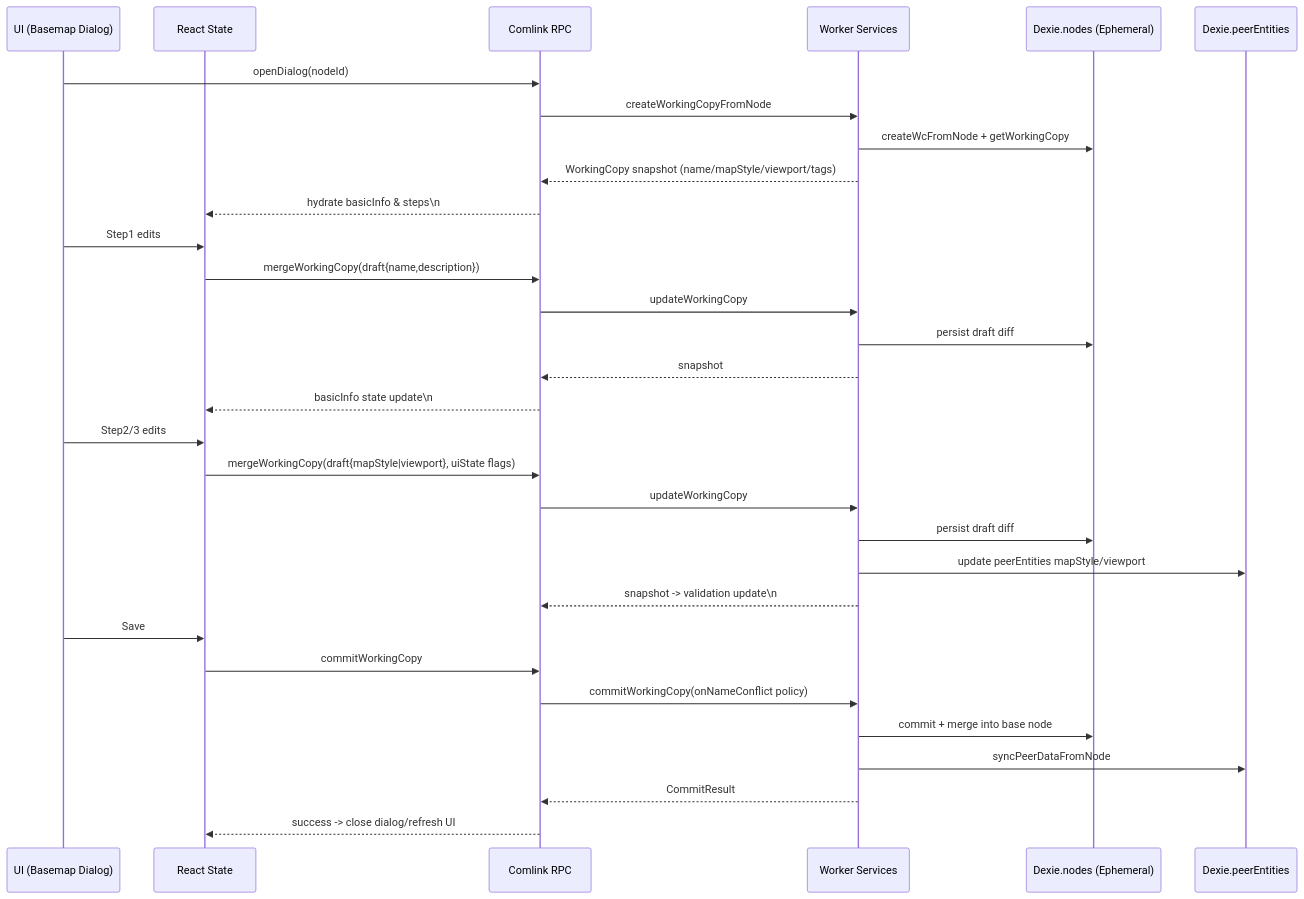
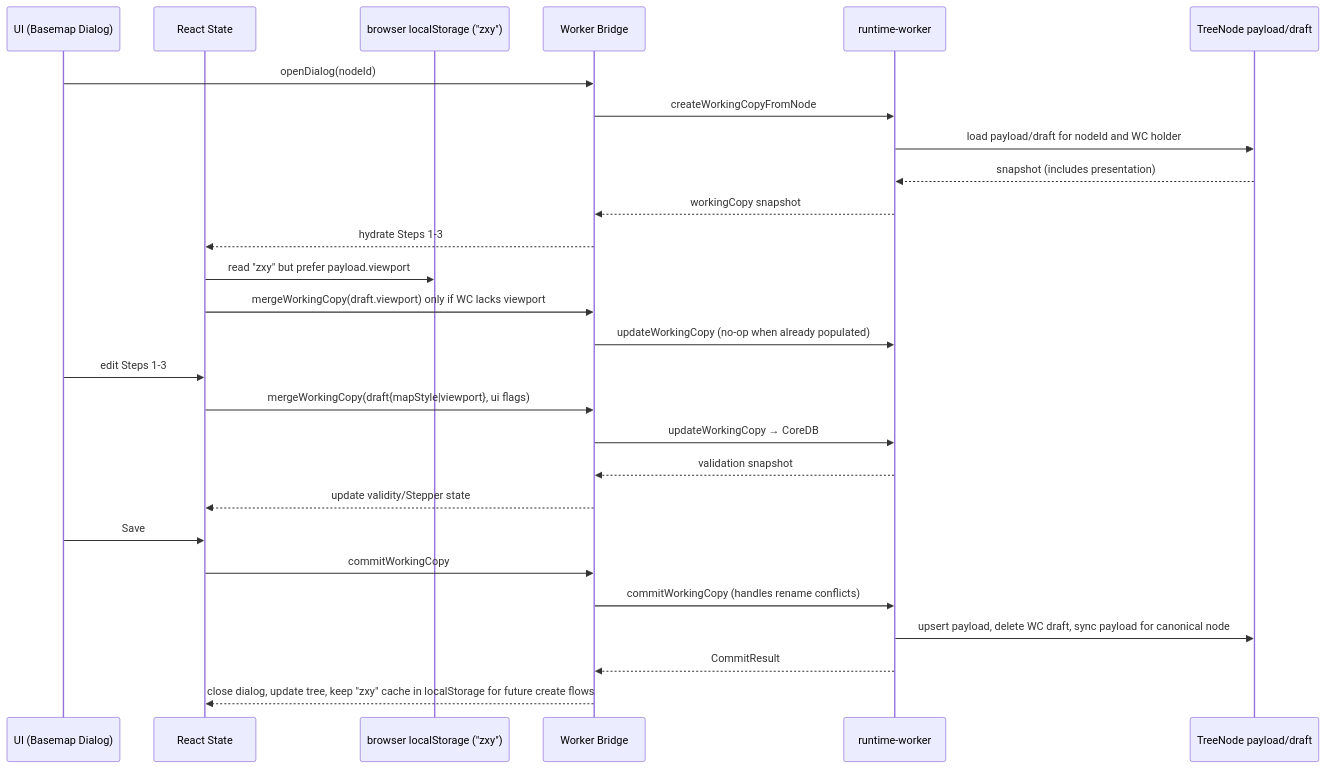
One commit to kubohiroya/hierarchidb changed the second of 2 diagrams in docs/basemap-dialog-flow.md. Above: the diagram before and after it, drawn with Mermaid. The commit also changed other lines of this file and 95 other files, not shown here.

````diff
--- a/docs/basemap-dialog-flow.md
+++ b/docs/basemap-dialog-flow.md
@@ -56,37 +63,33 @@
 ```mermaid
 sequenceDiagram
     participant User as UI (Basemap Dialog)
     participant React as React State
-    participant Comlink as Comlink RPC
-    participant Worker as Worker Services
-    participant Nodes as Dexie.nodes (Ephemeral)
-    participant Peers as Dexie.peerEntities
+    participant Local as browser localStorage ("zxy")
+    participant Comlink as Worker Bridge
+    participant Worker as runtime-worker
+    participant CoreDB as TreeNode payload/draft
 
     User->>Comlink: openDialog(nodeId)
     Comlink->>Worker: createWorkingCopyFromNode
-    Worker->>Nodes: createWcFromNode + getWorkingCopy
-    Worker-->>Comlink: WorkingCopy snapshot (name/mapStyle/viewport/tags)
-    Comlink-->>React: hydrate basicInfo & steps\n
+    Worker->>CoreDB: load payload/draft for nodeId and WC holder
+    CoreDB-->>Worker: snapshot (includes presentation)
+    Worker-->>Comlink: workingCopy snapshot
+    Comlink-->>React: hydrate Steps 1-3
 
-    User->>React: Step1 edits
-    React->>Comlink: mergeWorkingCopy(draft{name,description})
-    Comlink->>Worker: updateWorkingCopy
-    Worker->>Nodes: persist draft diff
-    Worker-->>Comlink: snapshot
-    Comlink-->>React: basicInfo state update\n
+    React->>Local: read "zxy" but prefer payload.viewport
+    React->>Comlink: mergeWorkingCopy(draft.viewport) only if WC lacks viewport
+    Comlink->>Worker: updateWorkingCopy (no-op when already populated)
 
-    User->>React: Step2/3 edits
-    React->>Comlink: mergeWorkingCopy(draft{mapStyle|viewport}, uiState flags)
-    Comlink->>Worker: updateWorkingCopy
-    Worker->>Nodes: persist draft diff
-    Worker->>Peers: update peerEntities mapStyle/viewport
-    Worker-->>Comlink: snapshot -> validation update\n
+    User->>React: edit Steps 1-3
+    React->>Comlink: mergeWorkingCopy(draft{mapStyle|viewport}, ui flags)
+    Comlink->>Worker: updateWorkingCopy → CoreDB
+    Worker-->>Comlink: validation snapshot
+    Comlink-->>React: update validity/Stepper state
 
     User->>React: Save
     React->>Comlink: commitWorkingCopy
-    Comlink->>Worker: commitWorkingCopy(onNameConflict policy)
-    Worker->>Nodes: commit + merge into base node
-    Worker->>Peers: syncPeerDataFromNode
+    Comlink->>Worker: commitWorkingCopy (handles rename conflicts)
+    Worker->>CoreDB: upsert payload, delete WC draft, sync payload for canonical node
     Worker-->>Comlink: CommitResult
-    Comlink-->>React: success -> close dialog/refresh UI
+    Comlink-->>React: close dialog, update tree, keep "zxy" cache in localStorage for future create flows
 ```
````
